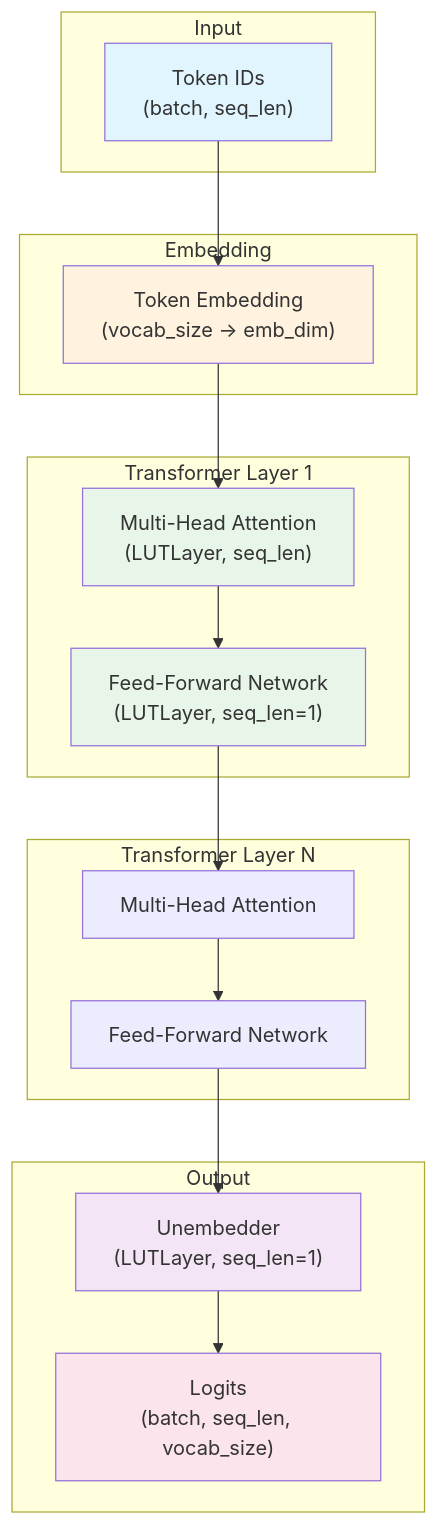
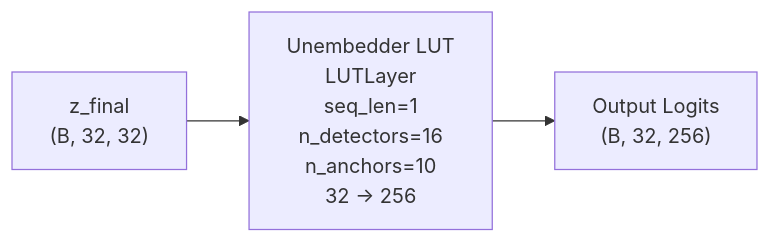
One commit to anatoli-starostin/spiky changed the third of 3 diagrams in doc/programming_guide.md. Above: the diagram before and after it, drawn with Mermaid. The commit also changed other lines of this file and 7 other files, not shown here.

````diff
--- a/doc/programming_guide.md
+++ b/doc/programming_guide.md
@@ -473,40 +386,9 @@
 ```mermaid
-graph TB
-    subgraph "Input"
-        TOKENS["Token IDs<br/>(batch, seq_len)"]
-    end
+graph LR
+    Z_final["z_final<br/>(B, 32, 32)"]
+    Unembed["Unembedder LUT<br/>LUTLayer<br/>seq_len=1<br/>n_detectors=16<br/>n_anchors=10<br/>32 → 256"]
+    Output["Output Logits<br/>(B, 32, 256)"]
     
-    subgraph "Embedding"
-        EMB["Token Embedding<br/>(vocab_size → emb_dim)"]
-    end
-    
-    subgraph "Transformer Layer 1"
-        ATT1["Multi-Head Attention<br/>(LUTLayer, seq_len)"]
-        FFN1["Feed-Forward Network<br/>(LUTLayer, seq_len=1)"]
-    end
-    
-    subgraph "Transformer Layer N"
-        ATTN["Multi-Head Attention"]
-        FFNN["Feed-Forward Network"]
-    end
-    
-    subgraph "Output"
-        UNEMB["Unembedder<br/>(LUTLayer, seq_len=1)"]
-        LOGITS["Logits<br/>(batch, seq_len, vocab_size)"]
-    end
-    
-    TOKENS --> EMB
-    EMB --> ATT1
-    ATT1 --> FFN1
-    FFN1 --> ATTN
-    ATTN --> FFNN
-    FFNN --> UNEMB
-    UNEMB --> LOGITS
-    
-    style TOKENS fill:#e1f5ff
-    style EMB fill:#fff3e0
-    style ATT1 fill:#e8f5e9
-    style FFN1 fill:#e8f5e9
-    style UNEMB fill:#f3e5f5
-    style LOGITS fill:#fce4ec
+    Z_final --> Unembed
+    Unembed --> Output
 ```
````
